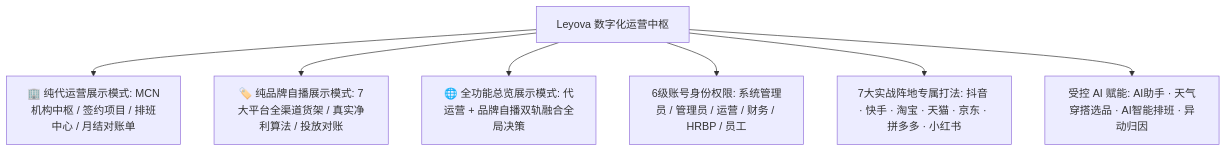
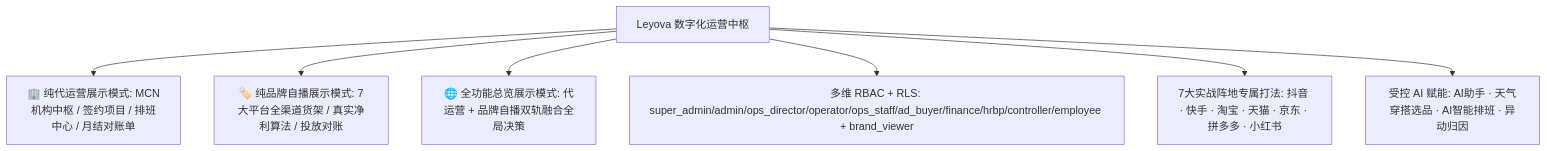
Before and after one commit to BlazarLIU/leyova: the first of 3 diagrams in README.md, drawn with Mermaid. The commit also changed other lines of this file and 10 other files, not shown here.

````diff
--- a/README.md
+++ b/README.md
@@ -30,10 +30,10 @@
 ```mermaid
 graph TD
   A["Leyova 数字化运营中枢"] --> M1["🏢 纯代运营展示模式: MCN机构中枢 / 签约项目 / 排班中心 / 月结对账单"]
   A --> M2["🏷️ 纯品牌自播展示模式: 7大平台全渠道货架 / 真实净利算法 / 投放对账"]
   A --> M3["🌐 全功能总览展示模式: 代运营 + 品牌自播双轨融合全局决策"]
 
-  A --> RBAC["6级账号身份权限: 系统管理员 / 管理员 / 运营 / 财务 / HRBP / 员工"]
+  A --> RBAC["多维 RBAC + RLS: super_admin/admin/ops_director/operator/ops_staff/ad_buyer/finance/hrbp/controller/employee + brand_viewer"]
   A --> PF["7大实战阵地专属打法: 抖音 · 快手 · 淘宝 · 天猫 · 京东 · 拼多多 · 小红书"]
   A --> AI["受控 AI 赋能: AI助手 · 天气穿搭选品 · AI智能排班 · 异动归因"]
 ```
````
